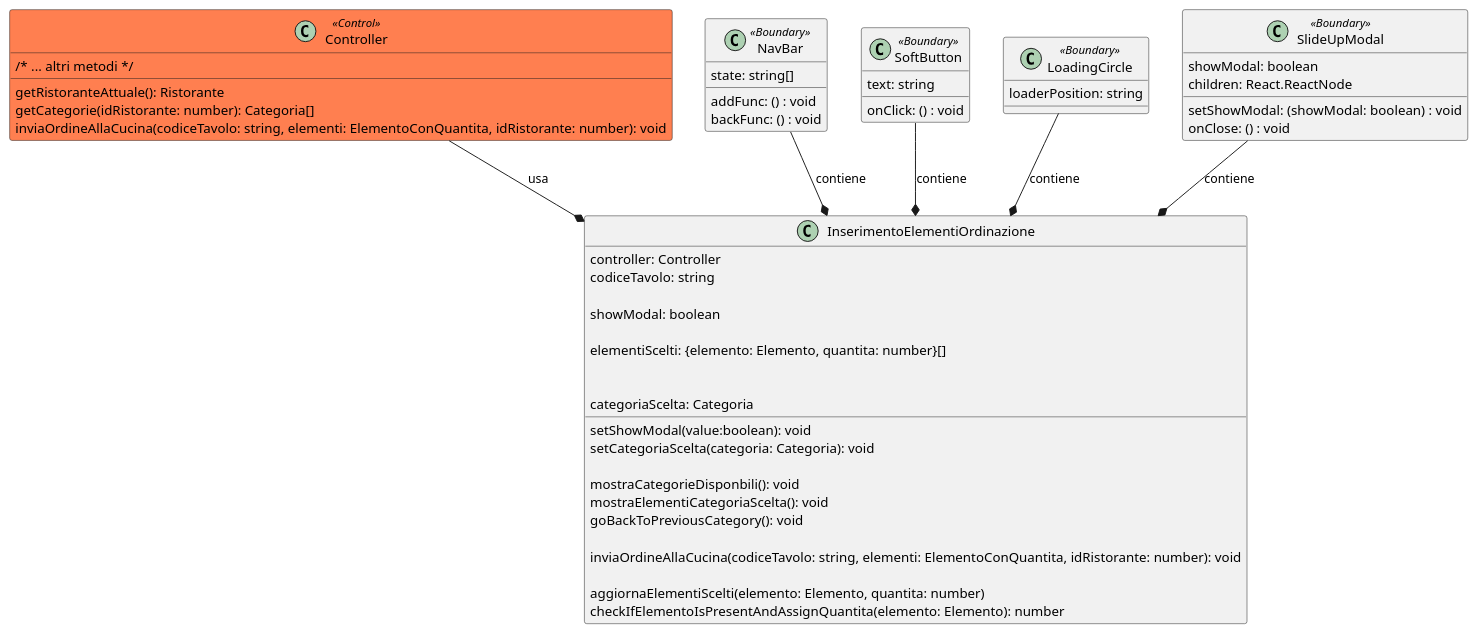
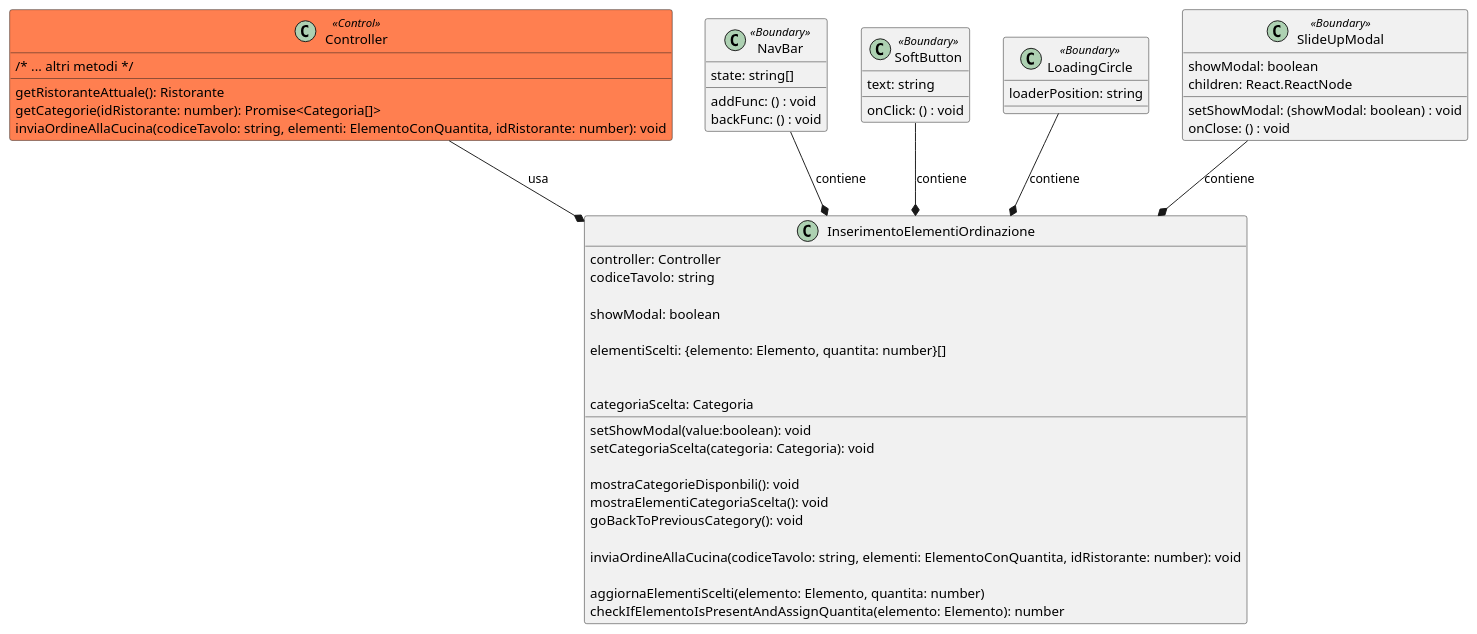
The diagram in diagrams/PUML/routes/InserimentoElementiOrdinazione.puml (macro21KGB/Esame-INGSW-22-23), drawn with PlantUML before and after one commit. The commit also changed 4 other files, not shown here.

```diff
--- a/diagrams/PUML/routes/InserimentoElementiOrdinazione.puml
+++ b/diagrams/PUML/routes/InserimentoElementiOrdinazione.puml
@@ -1,72 +1,72 @@
 @startuml
 
 
 class Controller <<Control>> #coral{
   /* ... altri metodi */
   getRistoranteAttuale(): Ristorante
-  getCategorie(idRistorante: number): Categoria[]
+  getCategorie(idRistorante: number): Promise<Categoria[]>
   inviaOrdineAllaCucina(codiceTavolo: string, elementi: ElementoConQuantita, idRistorante: number): void
 
 }
 
 
 class InserimentoElementiOrdinazione {
   controller: Controller
   codiceTavolo: string
 
   showModal: boolean
   setShowModal(value:boolean): void
 
   elementiScelti: {elemento: Elemento, quantita: number}[]
 
 
   categoriaScelta: Categoria
   setCategoriaScelta(categoria: Categoria): void
 
   mostraCategorieDisponbili(): void
   mostraElementiCategoriaScelta(): void
   goBackToPreviousCategory(): void
 
   inviaOrdineAllaCucina(codiceTavolo: string, elementi: ElementoConQuantita, idRistorante: number): void
 
   aggiornaElementiScelti(elemento: Elemento, quantita: number)
   checkIfElementoIsPresentAndAssignQuantita(elemento: Elemento): number
 }
 
 class NavBar <<Boundary>> {
 
 	addFunc: () : void
 	backFunc: () : void
 	state: string[]
 }
 
 class SoftButton <<Boundary>> {
 
   text: string
   onClick: () : void
 
 }
 
 class LoadingCircle <<Boundary>> {
   
 	loaderPosition: string
 
 }
 
 class SlideUpModal <<Boundary>> {
 
 	showModal: boolean
 	setShowModal: (showModal: boolean) : void
 	children: React.ReactNode
 	onClose: () : void
 
 }
 
 SlideUpModal --* InserimentoElementiOrdinazione : contiene
 
 NavBar --* InserimentoElementiOrdinazione : contiene
 SoftButton --* InserimentoElementiOrdinazione : contiene
 LoadingCircle --* InserimentoElementiOrdinazione : contiene
 Controller --* InserimentoElementiOrdinazione : usa
 
 @enduml
```
